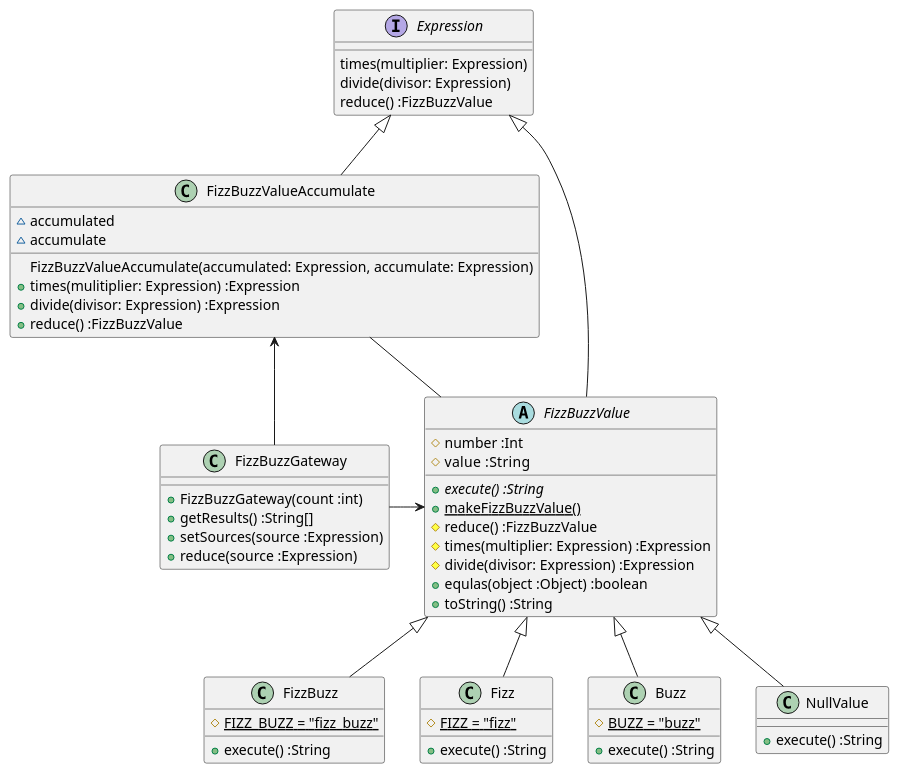
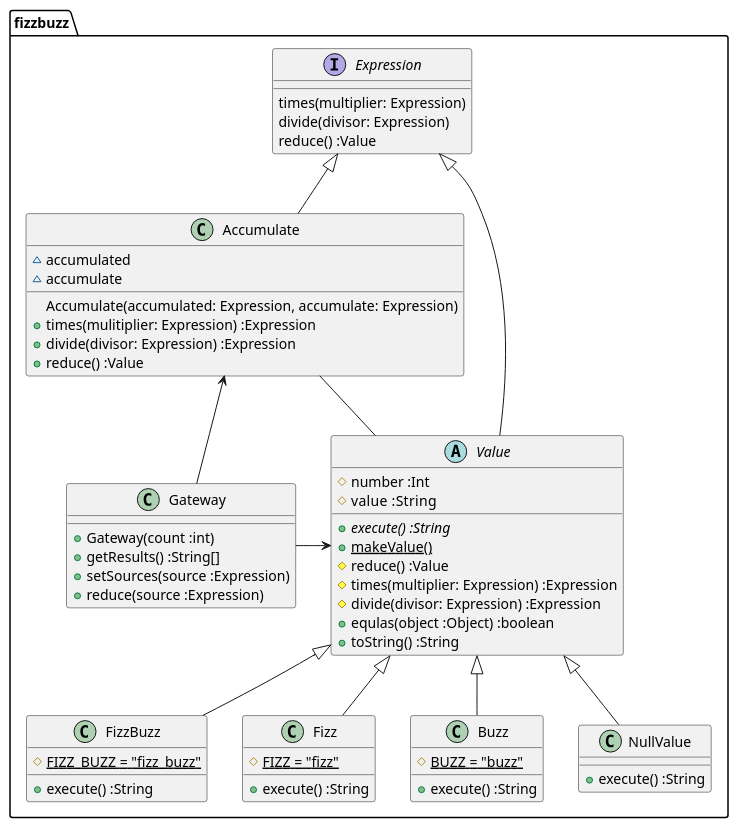
Before and after one commit to k2works/etude_for_java: the first of 8 diagrams in docs/src/fizzbuzz.md, drawn with PlantUML. The commit also changed other lines of this file and 9 other files, not shown here.

First line of the commit message:
FizzBuzz #EFJ-8

````diff
--- a/docs/src/fizzbuzz.md
+++ b/docs/src/fizzbuzz.md
@@ -39,59 +39,62 @@
 ```puml
 @startuml
-class FizzBuzzGateway {
-  +FizzBuzzGateway(count :int)
+package fizzbuzz {
+class Gateway {
+  +Gateway(count :int)
   +getResults() :String[]
   +setSources(source :Expression)
   +reduce(source :Expression)
 }
-abstract class FizzBuzzValue {
+abstract class Value {
   #number :Int
   #value  :String
   +{abstract}execute() :String
-  +{static} makeFizzBuzzValue()
-  #reduce() :FizzBuzzValue  
+  +{static} makeValue()
+  #reduce() :Value  
   #times(multiplier: Expression) :Expression
   #divide(divisor: Expression) :Expression
   +equlas(object :Object) :boolean
   +toString() :String
 }
 class FizzBuzz {
   #{static} FIZZ_BUZZ = "fizz_buzz"
   +execute() :String
 }
 class Fizz {
   #{static} FIZZ = "fizz"
   +execute() :String
 }
 class Buzz {
   #{static} BUZZ = "buzz"  
   +execute() :String  
 }
 class NullValue {
   +execute() :String  
 }
-class FizzBuzzValueAccumulate {
+class Accumulate {
   ~accumulated
   ~accumulate
-  FizzBuzzValueAccumulate(accumulated: Expression, accumulate: Expression)
+  Accumulate(accumulated: Expression, accumulate: Expression)
   +times(mulitiplier: Expression) :Expression
   +divide(divisor: Expression) :Expression
-  +reduce() :FizzBuzzValue  
+  +reduce() :Value  
 }
 interface Expression {
   times(multiplier: Expression)
   divide(divisor: Expression)
-  reduce() :FizzBuzzValue
+  reduce() :Value
 }
-FizzBuzzGateway -> FizzBuzzValue
-FizzBuzzValue <|-- Fizz
-FizzBuzzValue <|-- Buzz
-FizzBuzzValue <|-- FizzBuzz
-FizzBuzzValue <|-- NullValue
-FizzBuzzValueAccumulate -- FizzBuzzValue
-FizzBuzzValueAccumulate <- FizzBuzzGateway
-Expression <|- FizzBuzzValue
-Expression <|-- FizzBuzzValueAccumulate
+}
+
+Gateway -> Value
+Value <|-- Fizz
+Value <|-- Buzz
+Value <|-- FizzBuzz
+Value <|-- NullValue
+Accumulate -- Value
+Accumulate <- Gateway
+Expression <|- Value
+Expression <|-- Accumulate
 
 @enduml
 ```
````
